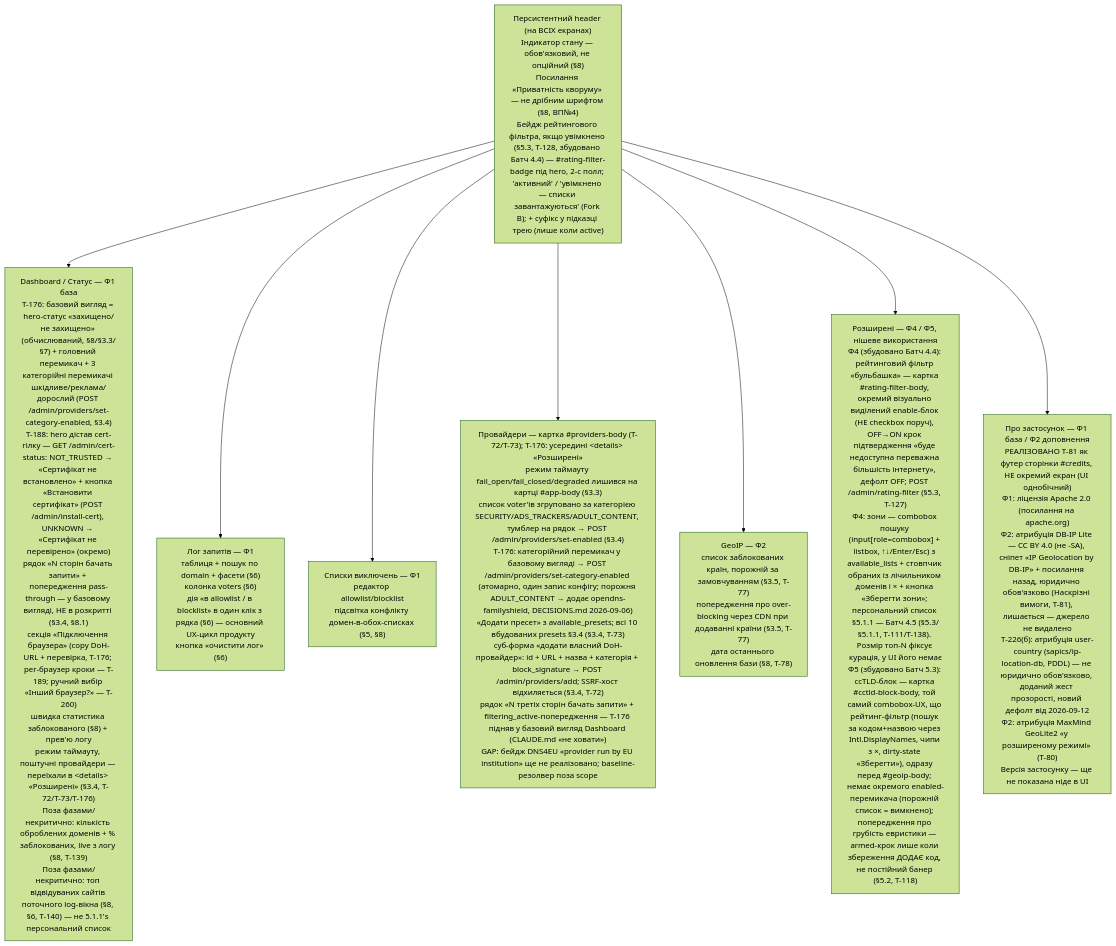
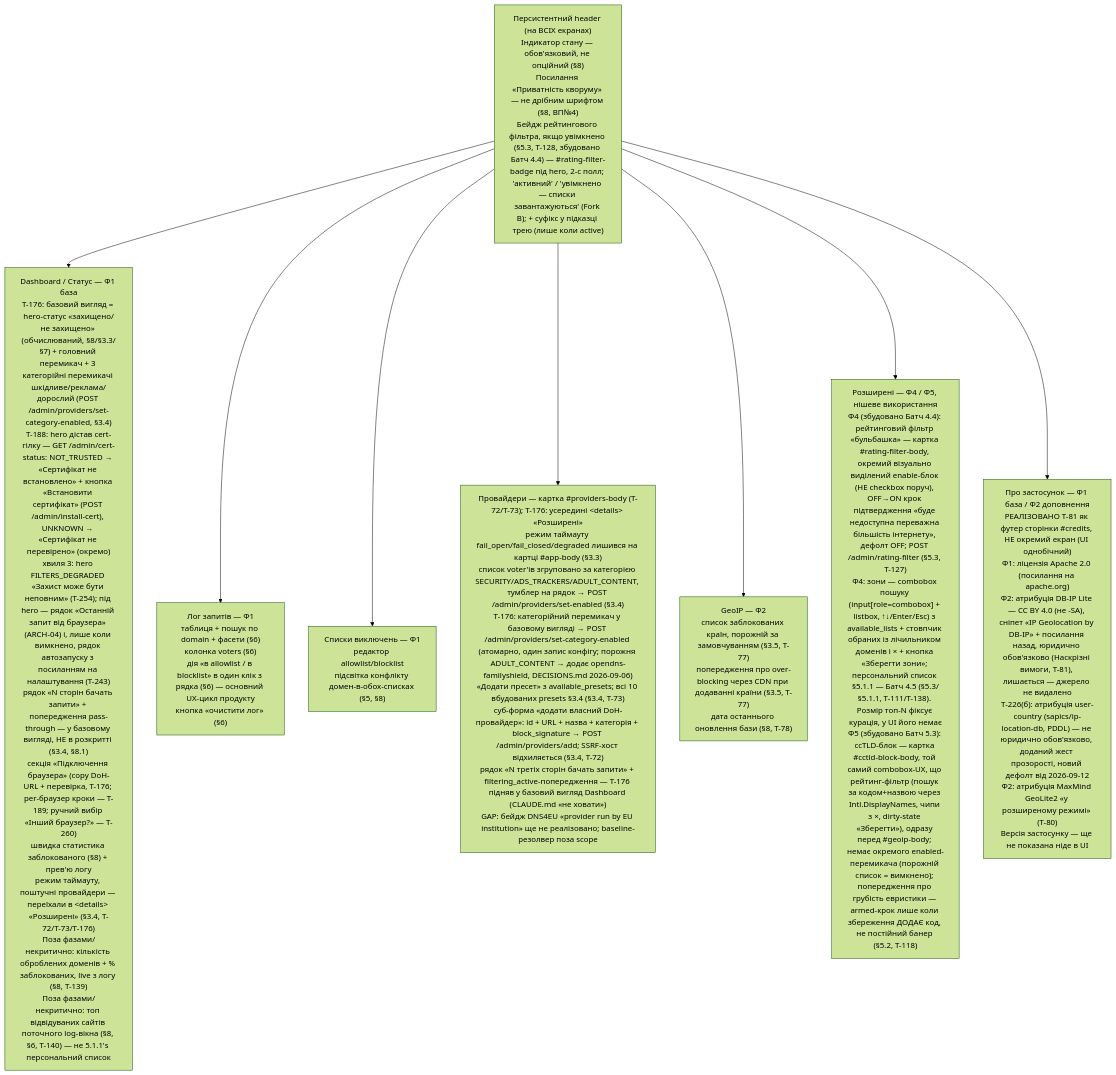
One commit to user137/dns-quorum-filter changed the diagram in diagrams/ui-navigation.md. Above: the diagram before and after it, drawn with Mermaid (forest theme). The commit also changed 40 other files, not shown here.

First line of the commit message:
fix(ui): wave 3 closing review - startup link text, schema-7 fallback asserts, owner docs

````diff
--- a/diagrams/ui-navigation.md
+++ b/diagrams/ui-navigation.md
@@ -15,26 +15,26 @@
 ```mermaid
 flowchart TD
     Header["Персистентний header (на ВСІХ екранах)<br/>Індикатор стану — обов'язковий, не опційний (§8)<br/>Посилання «Приватність кворуму» — не дрібним шрифтом (§8, ВП№4)<br/>Бейдж рейтингового фільтра, якщо увімкнено (§5.3, T-128, збудовано Батч 4.4) — #rating-filter-badge під hero, 2-с полл; 'активний' / 'увімкнено — списки завантажуються' (Fork B); + суфікс у підказці трею (лише коли active)"]
 
     Header --> Dashboard
     Header --> Log
     Header --> Lists
     Header --> Providers
     Header --> GeoIP
     Header --> Advanced
     Header --> About
 
-    Dashboard["Dashboard / Статус — Ф1 база<br/>T-176: базовий вигляд = hero-статус «захищено/не захищено» (обчислюваний, §8/§3.3/§7) + головний перемикач + 3 категорійні перемикачі шкідливе/реклама/дорослий (POST /admin/providers/set-category-enabled, §3.4)<br/>T-188: hero дістав cert-гілку — GET /admin/cert-status: NOT_TRUSTED → «Сертифікат не встановлено» + кнопка «Встановити сертифікат» (POST /admin/install-cert), UNKNOWN → «Сертифікат не перевірено» (окремо)<br/>рядок «N сторін бачать запити» + попередження pass-through — у базовому вигляді, НЕ в розкритті (§3.4, §8.1)<br/>секція «Підключення браузера» (copy DoH-URL + перевірка, T-176; per-браузер кроки — T-189; ручний вибір «Інший браузер?» — T-260)<br/>швидка статистика заблокованого (§8) + прев'ю логу<br/>режим таймауту, поштучні провайдери — переїхали в &lt;details&gt; «Розширені» (§3.4, T-72/T-73/T-176)<br/>Поза фазами/некритично: кількість оброблених доменів + % заблокованих, live з логу (§8, T-139)<br/>Поза фазами/некритично: топ відвідуваних сайтів поточного log-вікна (§8, §6, T-140) — не 5.1.1's персональний список"]
+    Dashboard["Dashboard / Статус — Ф1 база<br/>T-176: базовий вигляд = hero-статус «захищено/не захищено» (обчислюваний, §8/§3.3/§7) + головний перемикач + 3 категорійні перемикачі шкідливе/реклама/дорослий (POST /admin/providers/set-category-enabled, §3.4)<br/>T-188: hero дістав cert-гілку — GET /admin/cert-status: NOT_TRUSTED → «Сертифікат не встановлено» + кнопка «Встановити сертифікат» (POST /admin/install-cert), UNKNOWN → «Сертифікат не перевірено» (окремо)<br/>хвиля 3: hero FILTERS_DEGRADED «Захист може бути неповним» (T-254); під hero — рядок «Останній запит від браузера» (ARCH-04) і, лише коли вимкнено, рядок автозапуску з посиланням на налаштування (T-243)<br/>рядок «N сторін бачать запити» + попередження pass-through — у базовому вигляді, НЕ в розкритті (§3.4, §8.1)<br/>секція «Підключення браузера» (copy DoH-URL + перевірка, T-176; per-браузер кроки — T-189; ручний вибір «Інший браузер?» — T-260)<br/>швидка статистика заблокованого (§8) + прев'ю логу<br/>режим таймауту, поштучні провайдери — переїхали в &lt;details&gt; «Розширені» (§3.4, T-72/T-73/T-176)<br/>Поза фазами/некритично: кількість оброблених доменів + % заблокованих, live з логу (§8, T-139)<br/>Поза фазами/некритично: топ відвідуваних сайтів поточного log-вікна (§8, §6, T-140) — не 5.1.1's персональний список"]
 
     Log["Лог запитів — Ф1<br/>таблиця + пошук по domain + фасети (§6)<br/>колонка voters (§6)<br/>дія «в allowlist / в blocklist» в один клік з рядка (§6) — основний UX-цикл продукту<br/>кнопка «очистити лог» (§6)"]
 
     Lists["Списки виключень — Ф1<br/>редактор allowlist/blocklist<br/>підсвітка конфлікту домен-в-обох-списках (§5, §8)"]
 
     Providers["Провайдери — картка #providers-body (T-72/T-73); T-176: усередині &lt;details&gt; «Розширені»<br/>режим таймауту fail_open/fail_closed/degraded лишився на картці #app-body (§3.3)<br/>список voter'ів згруповано за категорією SECURITY/ADS_TRACKERS/ADULT_CONTENT, тумблер на рядок → POST /admin/providers/set-enabled (§3.4)<br/>T-176: категорійний перемикач у базовому вигляді → POST /admin/providers/set-category-enabled (атомарно, один запис конфігу; порожня ADULT_CONTENT → додає opendns-familyshield, DECISIONS.md 2026-09-06)<br/>«Додати пресет» з available_presets; всі 10 вбудованих presets §3.4 (§3.4, T-73)<br/>суб-форма «додати власний DoH-провайдер»: id + URL + назва + категорія + block_signature → POST /admin/providers/add; SSRF-хост відхиляється (§3.4, T-72)<br/>рядок «N третіх сторін бачать запити» + filtering_active-попередження — T-176 підняв у базовий вигляд Dashboard (CLAUDE.md «не ховати»)<br/>GAP: бейдж DNS4EU «provider run by EU institution» ще не реалізовано; baseline-резолвер поза scope"]
 
     GeoIP["GeoIP — Ф2<br/>список заблокованих країн, порожній за замовчуванням (§3.5, T-77)<br/>попередження про over-blocking через CDN при додаванні країни (§3.5, T-77)<br/>дата останнього оновлення бази (§8, T-78)"]
 
     Advanced["Розширені — Ф4 / Ф5, нішеве використання<br/>Ф4 (збудовано Батч 4.4): рейтинговий фільтр «бульбашка» — картка #rating-filter-body, окремий візуально виділений enable-блок (НЕ checkbox поруч), OFF→ON крок підтвердження «буде недоступна переважна більшість інтернету», дефолт OFF; POST /admin/rating-filter (§5.3, T-127)<br/>Ф4: зони — combobox пошуку (input[role=combobox] + listbox, ↑↓/Enter/Esc) з available_lists + стовпчик обраних із лічильником доменів і × + кнопка «Зберегти зони»; персональний список §5.1.1 — Батч 4.5 (§5.3/§5.1.1, T-111/T-138). Розмір топ-N фіксує курація, у UI його немає<br/>Ф5 (збудовано Батч 5.3): ccTLD-блок — картка #cctld-block-body, той самий combobox-UX, що рейтинг-фільтр (пошук за кодом+назвою через Intl.DisplayNames, чипи з ×, dirty-state «Зберегти»), одразу перед #geoip-body; немає окремого enabled-перемикача (порожній список = вимкнено); попередження про грубість евристики — armed-крок лише коли збереження ДОДАЄ код, не постійний банер (§5.2, T-118)"]
 
     About["Про застосунок — Ф1 база / Ф2 доповнення<br/>РЕАЛІЗОВАНО T-81 як футер сторінки #credits, НЕ окремий екран (UI однобічний)<br/>Ф1: ліцензія Apache 2.0 (посилання на apache.org)<br/>Ф2: атрибуція DB-IP Lite — CC BY 4.0 (не -SA), сніпет «IP Geolocation by DB-IP» + посилання назад, юридично обов'язково (Наскрізні вимоги, T-81), лишається — джерело не видалено<br/>T-226(б): атрибуція user-country (sapics/ip-location-db, PDDL) — не юридично обов'язково, доданий жест прозорості, новий дефолт від 2026-09-12<br/>Ф2: атрибуція MaxMind GeoLite2 «у розширеному режимі» (T-80)<br/>Версія застосунку — ще не показана ніде в UI"]
 ```
````
